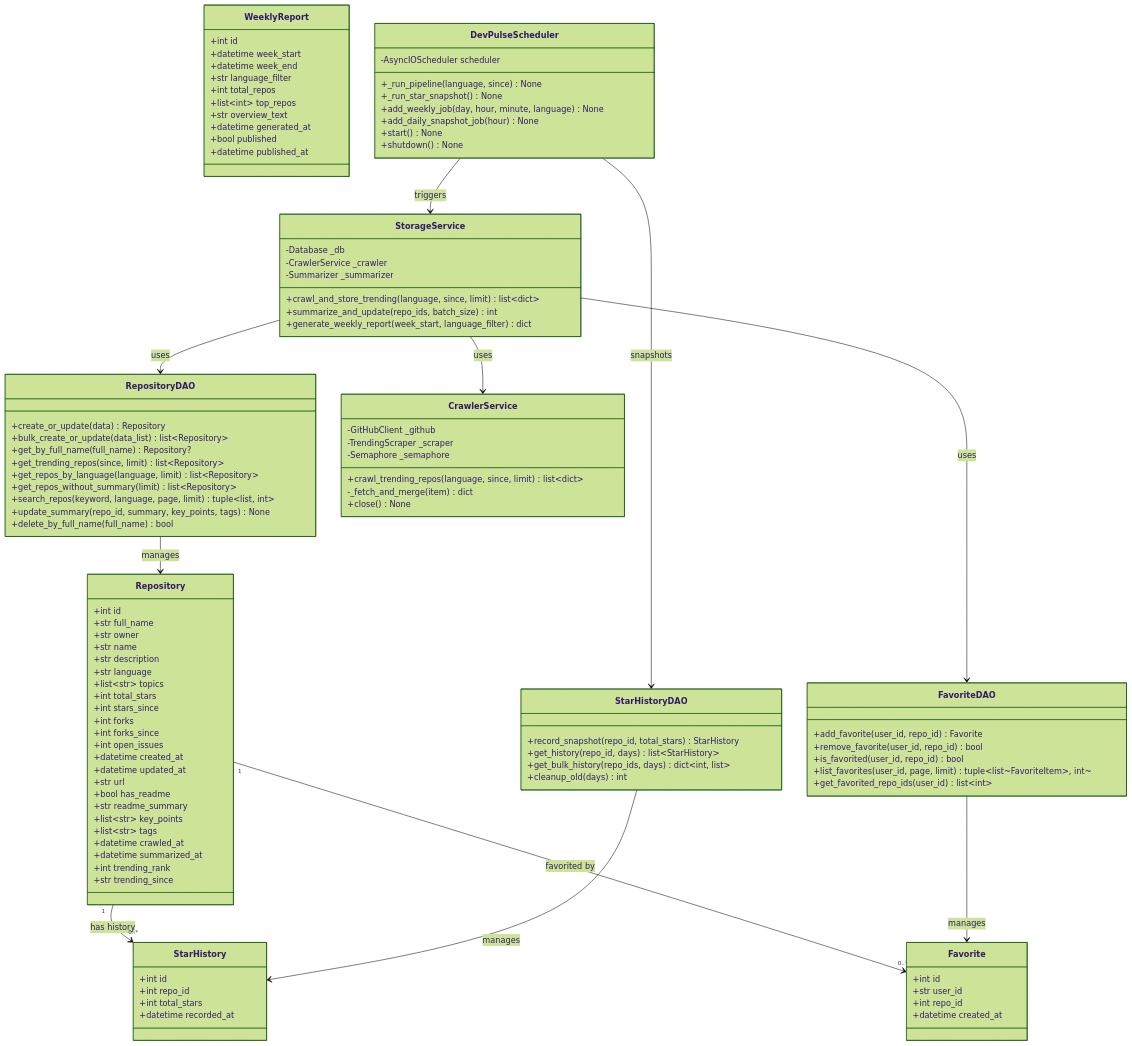
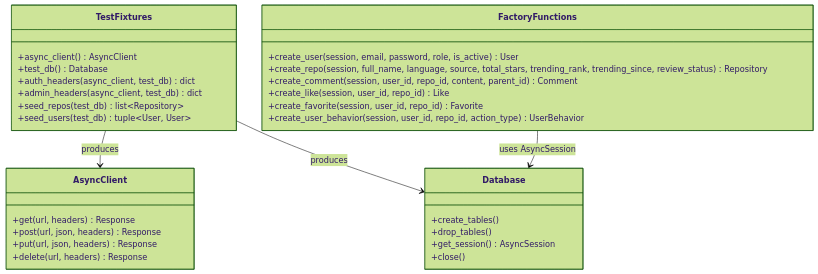
Before and after one commit to Nagi-226/DevPulse: the first of 5 diagrams in docs/system_design.md, drawn with Mermaid (forest theme). The commit also changed other lines of this file and 52 other files, not shown here.

````diff
--- a/docs/system_design.md
+++ b/docs/system_design.md
@@ -246,123 +164,38 @@
 ```mermaid
 classDiagram
-    direction TB
-
-    class Repository {
-        +int id
-        +str full_name
-        +str owner
-        +str name
-        +str description
-        +str language
-        +list~str~ topics
-        +int total_stars
-        +int stars_since
-        +int forks
-        +int forks_since
-        +int open_issues
-        +datetime created_at
-        +datetime updated_at
-        +str url
-        +bool has_readme
-        +str readme_summary
-        +list~str~ key_points
-        +list~str~ tags
-        +datetime crawled_at
-        +datetime summarized_at
-        +int trending_rank
-        +str trending_since
+    class TestFixtures {
+        +async_client() AsyncClient
+        +test_db() Database
+        +auth_headers(async_client, test_db) dict
+        +admin_headers(async_client, test_db) dict
+        +seed_repos(test_db) list~Repository~
+        +seed_users(test_db) tuple~User, User~
     }
 
-    class WeeklyReport {
-        +int id
-        +datetime week_start
-        +datetime week_end
-        +str language_filter
-        +int total_repos
-        +list~int~ top_repos
-        +str overview_text
-        +datetime generated_at
-        +bool published
-        +datetime published_at
+    class AsyncClient {
+        +get(url, headers) Response
+        +post(url, json, headers) Response
+        +put(url, json, headers) Response
+        +delete(url, headers) Response
     }
 
-    class Favorite {
-        +int id
-        +str user_id
-        +int repo_id
-        +datetime created_at
+    class Database {
+        +create_tables()
+        +drop_tables()
+        +get_session() AsyncSession
+        +close()
     }
 
-    class StarHistory {
-        +int id
-        +int repo_id
-        +int total_stars
-        +datetime recorded_at
+    class FactoryFunctions {
+        +create_user(session, email, password, role, is_active) User
+        +create_repo(session, full_name, language, source, total_stars, trending_rank, trending_since, review_status) Repository
+        +create_comment(session, user_id, repo_id, content, parent_id) Comment
+        +create_like(session, user_id, repo_id) Like
+        +create_favorite(session, user_id, repo_id) Favorite
+        +create_user_behavior(session, user_id, repo_id, action_type) UserBehavior
     }
 
-    class RepositoryDAO {
-        +create_or_update(data) Repository
-        +bulk_create_or_update(data_list) list~Repository~
-        +get_by_full_name(full_name) Repository?
-        +get_trending_repos(since, limit) list~Repository~
-        +get_repos_by_language(language, limit) list~Repository~
-        +get_repos_without_summary(limit) list~Repository~
-        +search_repos(keyword, language, page, limit) tuple~list, int~
-        +update_summary(repo_id, summary, key_points, tags) None
-        +delete_by_full_name(full_name) bool
-    }
-
-    class FavoriteDAO {
-        +add_favorite(user_id, repo_id) Favorite
-        +remove_favorite(user_id, repo_id) bool
-        +is_favorited(user_id, repo_id) bool
-        +list_favorites(user_id, page, limit) tuple~list~FavoriteItem~, int~
-        +get_favorited_repo_ids(user_id) list~int~
-    }
-
-    class StarHistoryDAO {
-        +record_snapshot(repo_id, total_stars) StarHistory
-        +get_history(repo_id, days) list~StarHistory~
-        +get_bulk_history(repo_ids, days) dict~int, list~
-        +cleanup_old(days) int
-    }
-
-    class CrawlerService {
-        -GitHubClient _github
-        -TrendingScraper _scraper
-        -Semaphore _semaphore
-        +crawl_trending_repos(language, since, limit) list~dict~
-        -_fetch_and_merge(item) dict
-        +close() None
-    }
-
-    class StorageService {
-        -Database _db
-        -CrawlerService _crawler
-        -Summarizer _summarizer
-        +crawl_and_store_trending(language, since, limit) list~dict~
-        +summarize_and_update(repo_ids, batch_size) int
-        +generate_weekly_report(week_start, language_filter) dict
-    }
-
-    class DevPulseScheduler {
-        -AsyncIOScheduler scheduler
-        +_run_pipeline(language, since) None
-        +_run_star_snapshot() None
-        +add_weekly_job(day, hour, minute, language) None
-        +add_daily_snapshot_job(hour) None
-        +start() None
-        +shutdown() None
-    }
-
-    Repository "1" --> "0..*" StarHistory : has history
-    Repository "1" --> "0..*" Favorite : favorited by
-    RepositoryDAO --> Repository : manages
-    FavoriteDAO --> Favorite : manages
-    StarHistoryDAO --> StarHistory : manages
-    StorageService --> CrawlerService : uses
-    StorageService --> RepositoryDAO : uses
-    StorageService --> FavoriteDAO : uses
-    DevPulseScheduler --> StorageService : triggers
-    DevPulseScheduler --> StarHistoryDAO : snapshots
+    TestFixtures --> AsyncClient : produces
+    TestFixtures --> Database : produces
+    FactoryFunctions --> Database : uses AsyncSession
 ```
````
